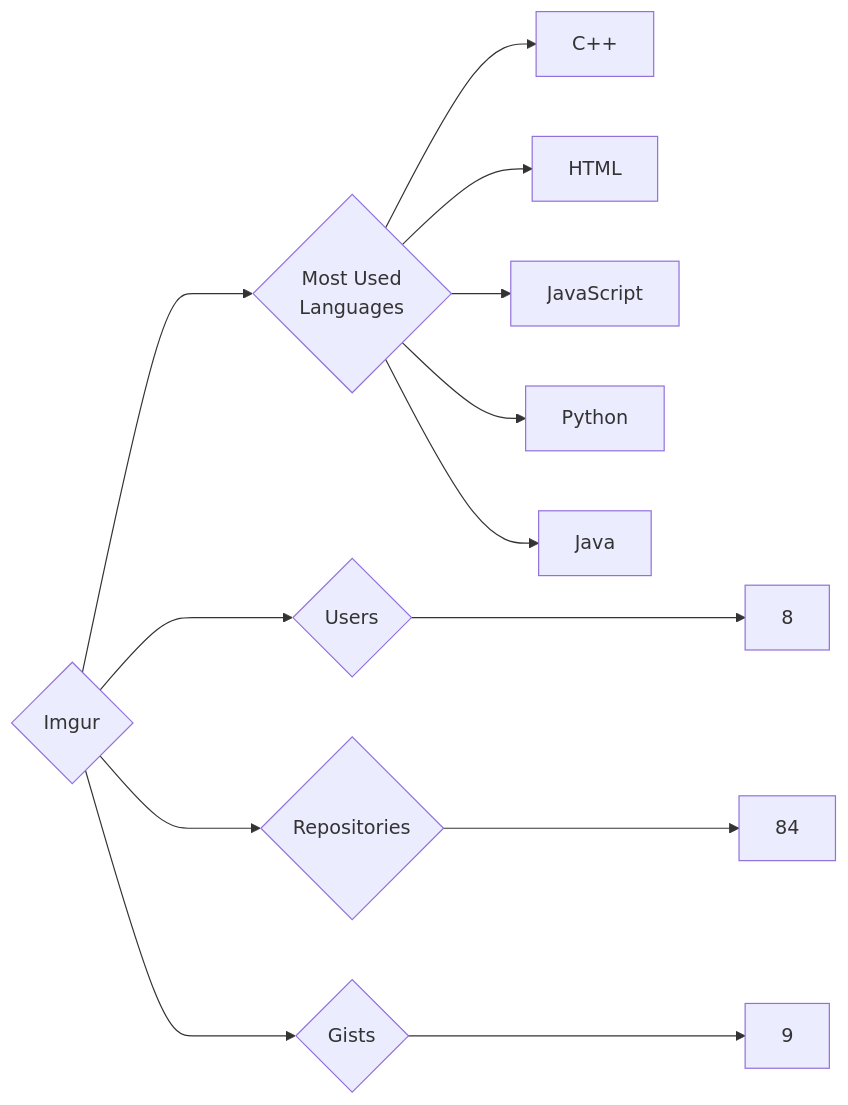
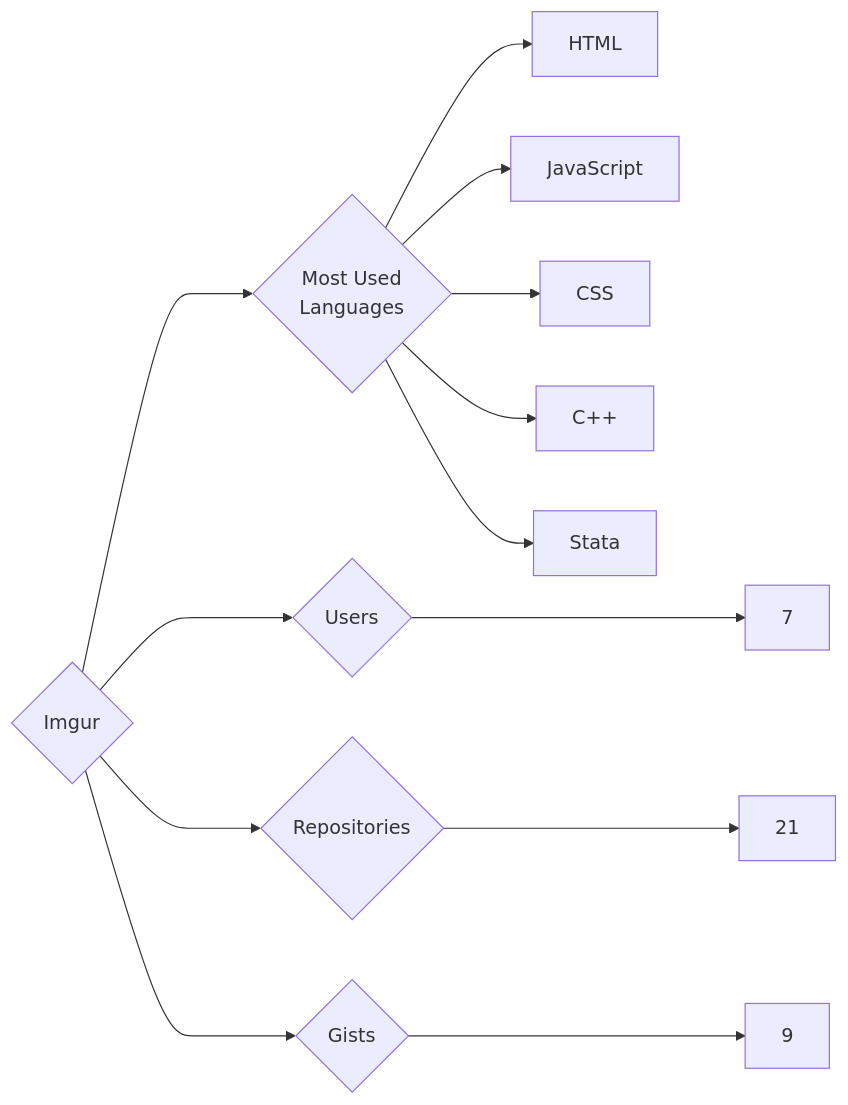
Before and after one commit to trickest/insiders: the diagram in targets/Imgur/README.md, drawn with Mermaid. The commit also changed 1238 other files, not shown here.

````diff
--- a/targets/Imgur/README.md
+++ b/targets/Imgur/README.md
@@ -3,13 +3,13 @@
 ```mermaid
 graph LR
 COMPANY_NAME{Imgur}
-COMPANY_NAME ---> U{Users} ---> UN[8]
-COMPANY_NAME ---> R{Repositories} ---> RN[84]
+COMPANY_NAME ---> U{Users} ---> UN[7]
+COMPANY_NAME ---> R{Repositories} ---> RN[21]
 COMPANY_NAME ---> G{Gists} ---> GN[9]
 COMPANY_NAME ---> ML{Most Used<br>Languages}
-ML --> C++[C++]
 ML --> HTML[HTML]
 ML --> JavaScript[JavaScript]
-ML --> Python[Python]
-ML --> Java[Java]
+ML --> CSS[CSS]
+ML --> C++[C++]
+ML --> Stata[Stata]
 ```
````
